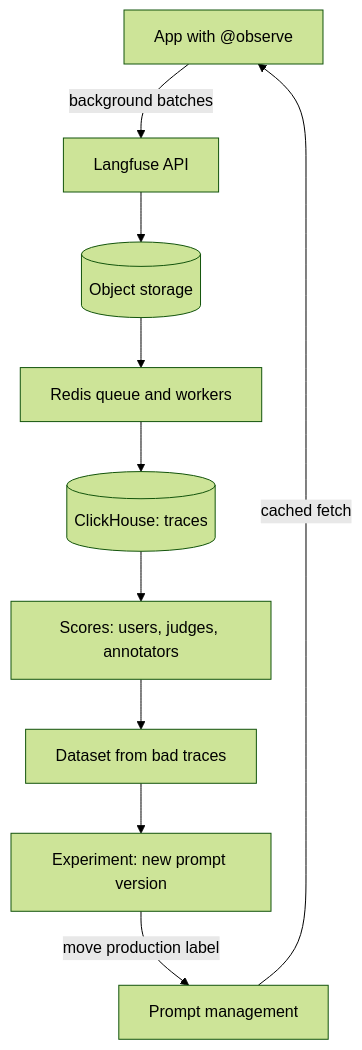
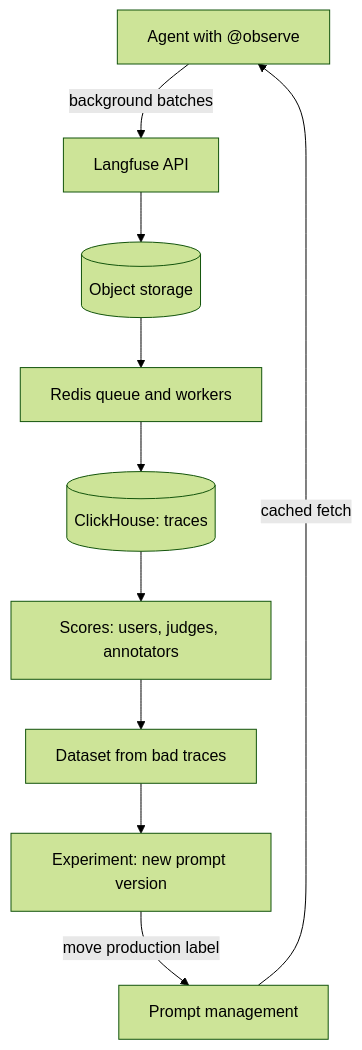
One commit to lovishmahajan97/agentic-learning changed the diagram in content/observability/langfuse.md. Above: the diagram before and after it, drawn with Mermaid (forest theme). The commit also changed other lines of this file and 348 other files, not shown here.

````diff
--- a/content/observability/langfuse.md
+++ b/content/observability/langfuse.md
@@ -142,12 +142,12 @@
 ```mermaid
 flowchart TD
-    APP["App with @observe"] -->|"background batches"| API["Langfuse API"]
+    APP["Agent with @observe"] -->|"background batches"| API["Langfuse API"]
     API --> OS[("Object storage")]
     OS --> RQ["Redis queue and workers"]
     RQ --> CH[("ClickHouse: traces")]
     CH --> SC["Scores: users, judges, annotators"]
     SC --> DS["Dataset from bad traces"]
     DS --> EX["Experiment: new prompt version"]
     EX -->|"move production label"| PR["Prompt management"]
     PR -->|"cached fetch"| APP
 ```
````
